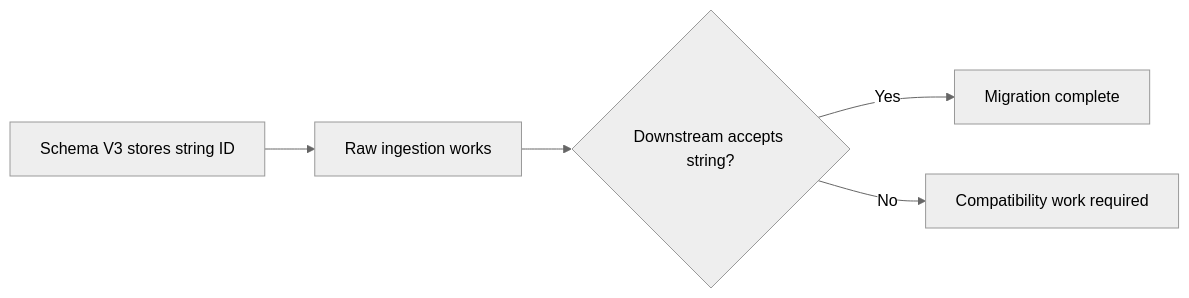
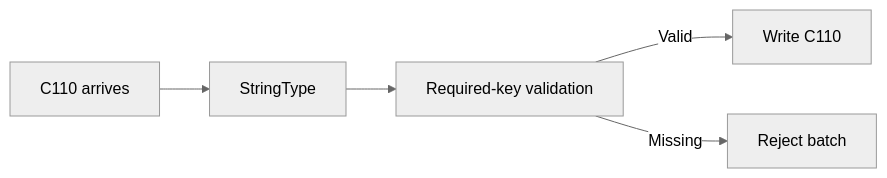
Before and after one commit to tg117official/databricks-hands-on-tg117-pst: diagram 14 of 15 in 03_file_based_ingestion/session_4/customer_schema_evolution/customer_schema_evolution_notes.md, drawn with Mermaid (neutral theme). The commit also changed other lines of this file and 4 other files, not shown here.

Commit message:
added schema evolution scenarios problem solution approach

````diff
--- a/03_file_based_ingestion/session_4/customer_schema_evolution/customer_schema_evolution_notes.md
+++ b/03_file_based_ingestion/session_4/customer_schema_evolution/customer_schema_evolution_notes.md
@@ -937,7 +723,7 @@
 ```mermaid
 flowchart LR
-    A[Schema V3 stores string ID] --> B[Raw ingestion works]
-    B --> C{Downstream accepts string?}
-    C -->|Yes| D[Migration complete]
-    C -->|No| E[Compatibility work required]
+    A[C110 arrives] --> B[StringType]
+    B --> C[Required-key validation]
+    C -->|Valid| D[Write C110]
+    C -->|Missing| E[Reject batch]
 ```
````
